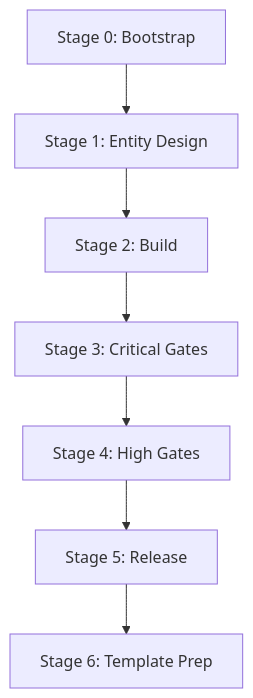
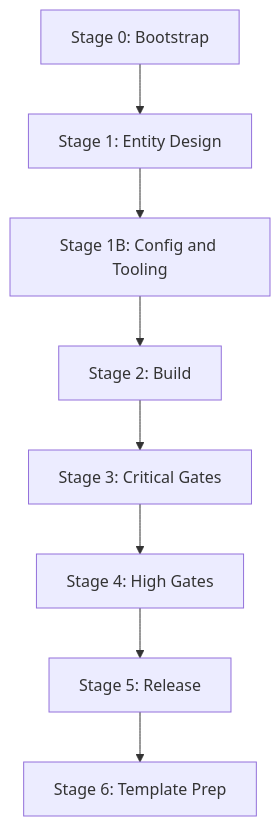
One commit to ui8kit/resta-app changed the second of 3 diagrams in .project/PLAYBOOK.md. Above: the diagram before and after it, drawn with Mermaid. The commit also changed other lines of this file and 12 other files, not shown here.

````diff
--- a/.project/PLAYBOOK.md
+++ b/.project/PLAYBOOK.md
@@ -69,9 +88,10 @@
 ```mermaid
 flowchart TD
   S0[Stage 0: Bootstrap] --> S1[Stage 1: Entity Design]
-  S1 --> S2[Stage 2: Build]
+  S1 --> S1B[Stage 1B: Config and Tooling]
+  S1B --> S2[Stage 2: Build]
   S2 --> S3[Stage 3: Critical Gates]
   S3 --> S4[Stage 4: High Gates]
   S4 --> S5[Stage 5: Release]
   S5 --> S6[Stage 6: Template Prep]
 ```
````
